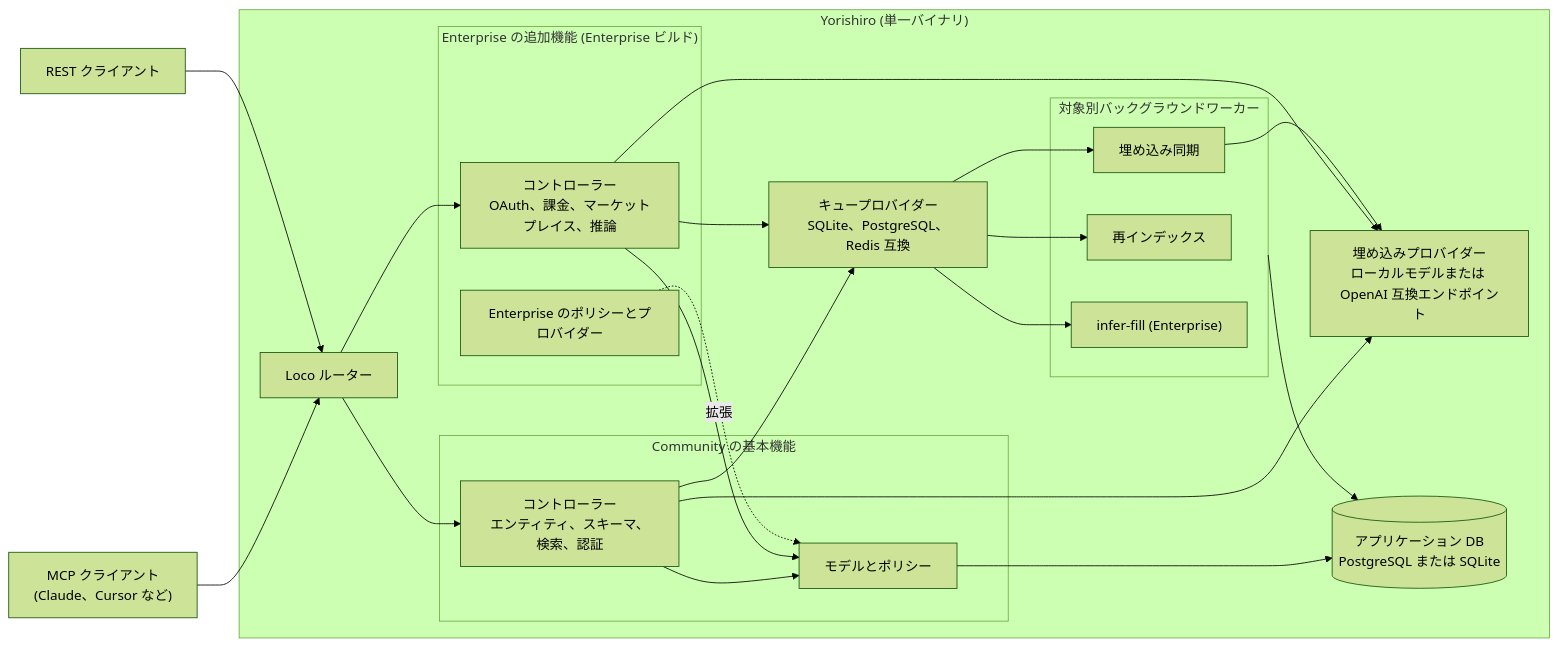
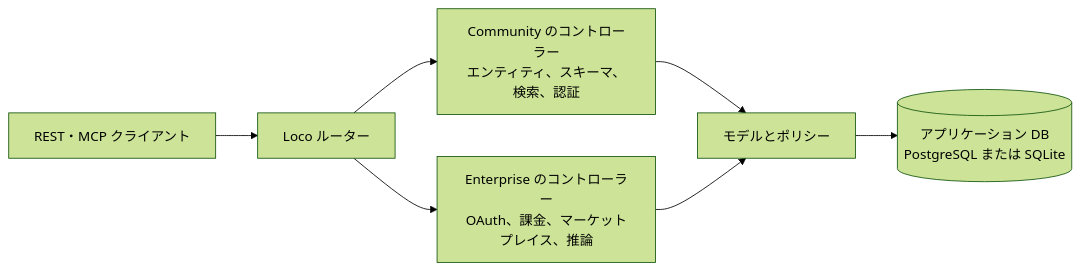
Before and after one commit to yorishiro-ai/yorishiro: the first of 2 diagrams in README.jp.md, drawn with Mermaid (forest theme). The commit also changed other lines of this file and 1 other file, not shown here.

Commit message:
docs: separate request and job architecture diagrams

````diff
--- a/README.jp.md
+++ b/README.jp.md
@@ -31,48 +33,9 @@
 ```mermaid
 flowchart LR
-    MCP["MCP クライアント<br/>(Claude、Cursor など)"]
-    REST["REST クライアント"]
-
-    subgraph Server["Yorishiro (単一バイナリ)"]
-        Router["Loco ルーター"]
-
-        subgraph CE["Community の基本機能"]
-            CEControllers["コントローラー<br/>エンティティ、スキーマ、検索、認証"]
-            Models["モデルとポリシー"]
-        end
-
-        subgraph EE["Enterprise の追加機能 (Enterprise ビルド)"]
-            EEControllers["コントローラー<br/>OAuth、課金、マーケットプレイス、推論"]
-            EEPolicies["Enterprise のポリシーとプロバイダー"]
-        end
-
-        Embed["埋め込みプロバイダー<br/>ローカルモデルまたは OpenAI 互換エンドポイント"]
-        Queue["キュープロバイダー<br/>SQLite、PostgreSQL、Redis 互換"]
-
-        subgraph Workers["対象別バックグラウンドワーカー"]
-            WEmbed["埋め込み同期"]
-            WReindex["再インデックス"]
-            WInfer["infer-fill (Enterprise)"]
-        end
-
-        DB[("アプリケーション DB<br/>PostgreSQL または SQLite")]
-    end
-
-    MCP --> Router
-    REST --> Router
-    Router --> CEControllers
-    Router --> EEControllers
-    CEControllers --> Models
-    EEControllers --> Models
-    EEPolicies -.拡張.-> Models
-    Models --> DB
-    CEControllers --> Embed
-    EEControllers --> Embed
-    CEControllers --> Queue
-    EEControllers --> Queue
-    Queue --> WEmbed
-    Queue --> WReindex
-    Queue --> WInfer
-    WEmbed --> Embed
-    Workers --> DB
+    Clients["REST・MCP クライアント"] --> Router["Loco ルーター"]
+    Router --> Community["Community のコントローラー<br/>エンティティ、スキーマ、検索、認証"]
+    Router --> Enterprise["Enterprise のコントローラー<br/>OAuth、課金、マーケットプレイス、推論"]
+    Community --> Models["モデルとポリシー"]
+    Enterprise --> Models
+    Models --> DB[("アプリケーション DB<br/>PostgreSQL または SQLite")]
 ```
````
